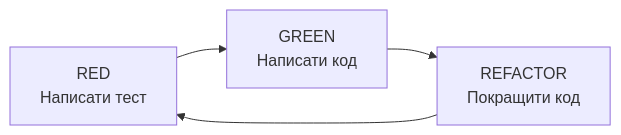
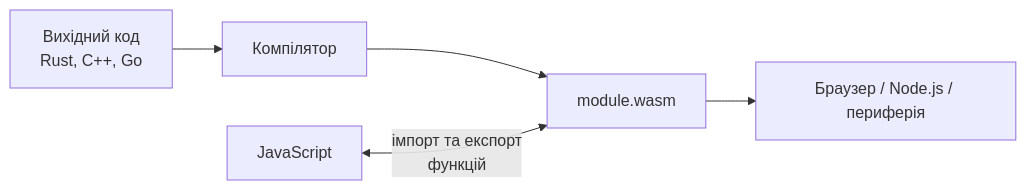
The third of 4 diagrams in presentations/presentation-16.md (olroi421/course-web), drawn with Mermaid before and after one commit. The commit also changed other lines of this file and 30 other files, not shown here.

````diff
--- a/presentations/presentation-16.md
+++ b/presentations/presentation-16.md
@@ -649,6 +635,7 @@
 ```mermaid
 graph LR
-    A[RED<br/>Написати тест] --> B[GREEN<br/>Написати код]
-    B --> C[REFACTOR<br/>Покращити код]
-    C --> A
+    S[Вихідний код<br/>Rust, C++, Go] --> C[Компілятор]
+    C --> W[module.wasm]
+    W --> B[Браузер / Node.js / периферія]
+    J[JavaScript] <-->|імпорт та експорт<br/>функцій| W
 ```
````
